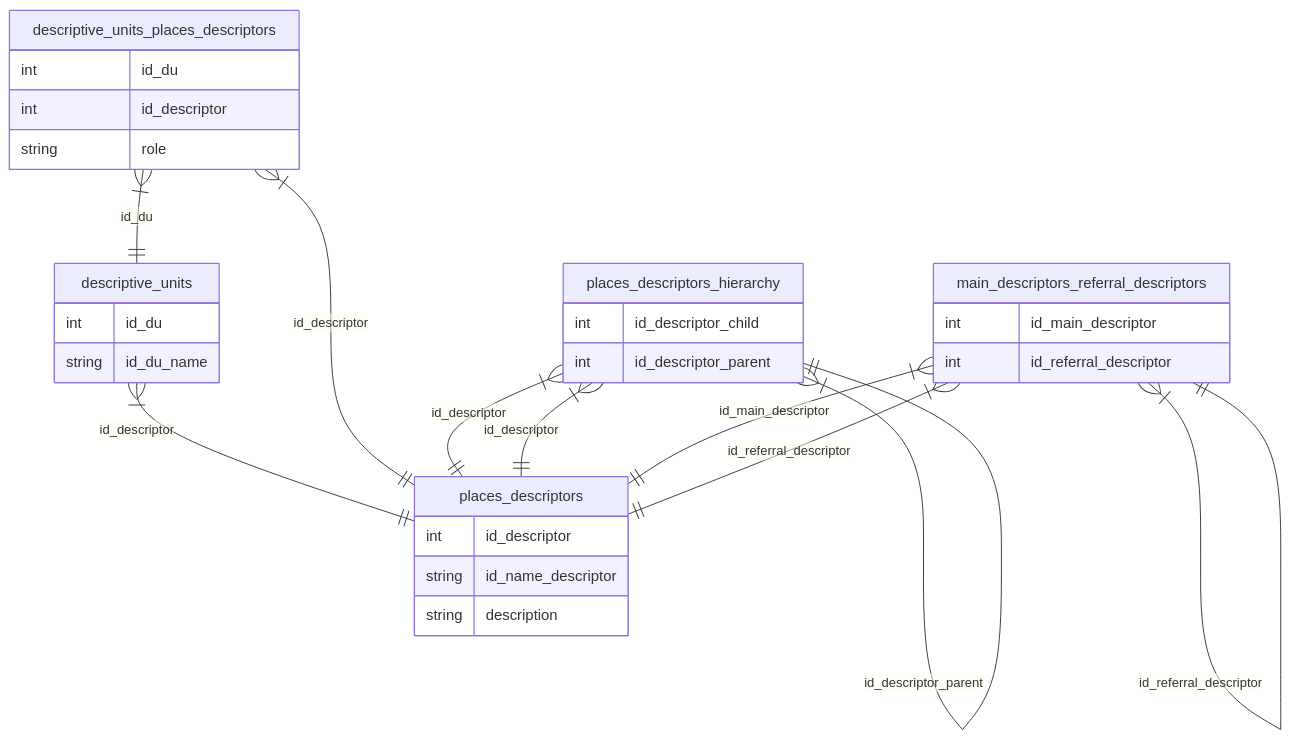
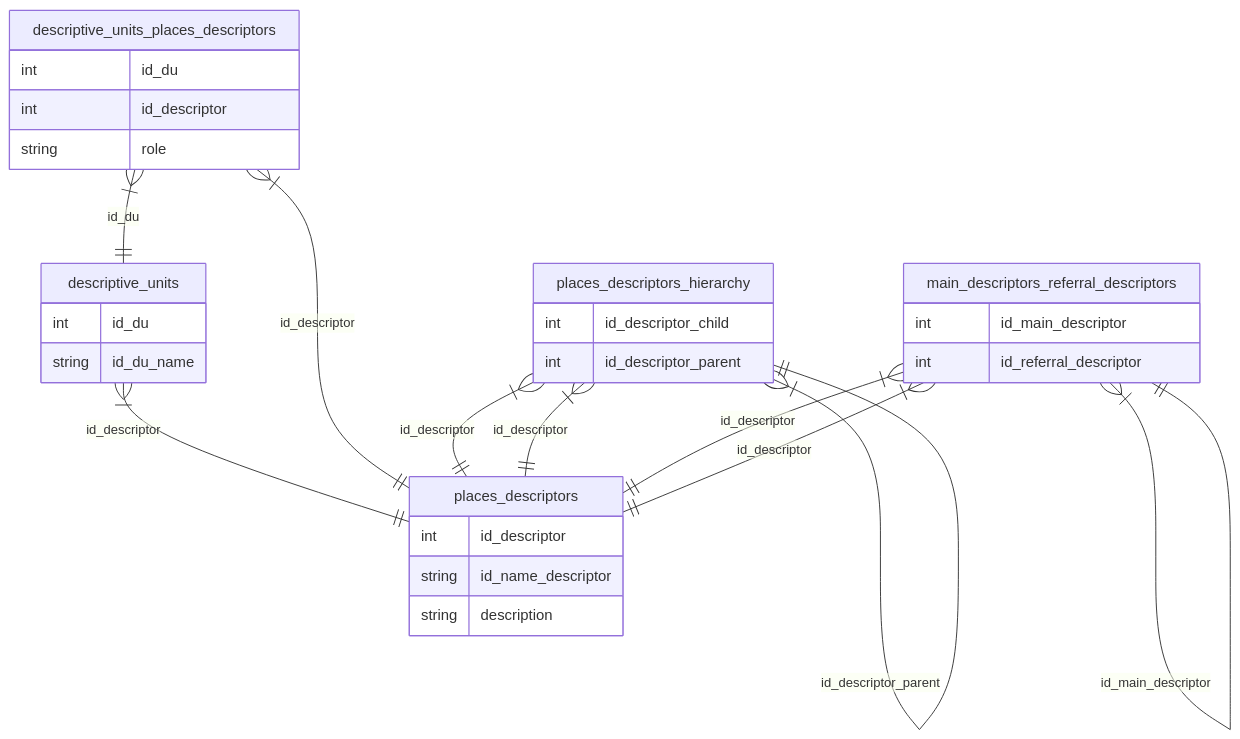
One commit to burgerbibliothek/glamhack26 changed the diagram in data/README.md. Above: the diagram before and after it, drawn with Mermaid.

````diff
--- a/data/README.md
+++ b/data/README.md
@@ -8,34 +8,34 @@
 ```mermaid
 erDiagram
     descriptive_units }|--|| places_descriptors : id_descriptor
     descriptive_units_places_descriptors }|--|| descriptive_units : id_du
     descriptive_units_places_descriptors }|--|| places_descriptors : id_descriptor
     places_descriptors_hierarchy }|--|| places_descriptors : id_descriptor
     places_descriptors_hierarchy }|--|| places_descriptors : id_descriptor
     places_descriptors_hierarchy }|--|| places_descriptors_hierarchy : id_descriptor_parent
-    main_descriptors_referral_descriptors }|--|| places_descriptors : id_main_descriptor
-    main_descriptors_referral_descriptors }|--|| places_descriptors : id_referral_descriptor
-    main_descriptors_referral_descriptors }|--|| main_descriptors_referral_descriptors : id_referral_descriptor
+    main_descriptors_referral_descriptors }|--|| places_descriptors : id_descriptor
+    main_descriptors_referral_descriptors }|--|| places_descriptors : id_descriptor
+    main_descriptors_referral_descriptors }|--|| main_descriptors_referral_descriptors : id_main_descriptor
     descriptive_units {
         int id_du
         string id_du_name
     }
     descriptive_units_places_descriptors {
         int id_du
         int id_descriptor
         string role
     }
     places_descriptors {
         int id_descriptor
         string id_name_descriptor
         string description
     }
     main_descriptors_referral_descriptors{
         int id_main_descriptor
         int id_referral_descriptor
     }
     places_descriptors_hierarchy{
         int id_descriptor_child
         int id_descriptor_parent
     }
 ```
````
